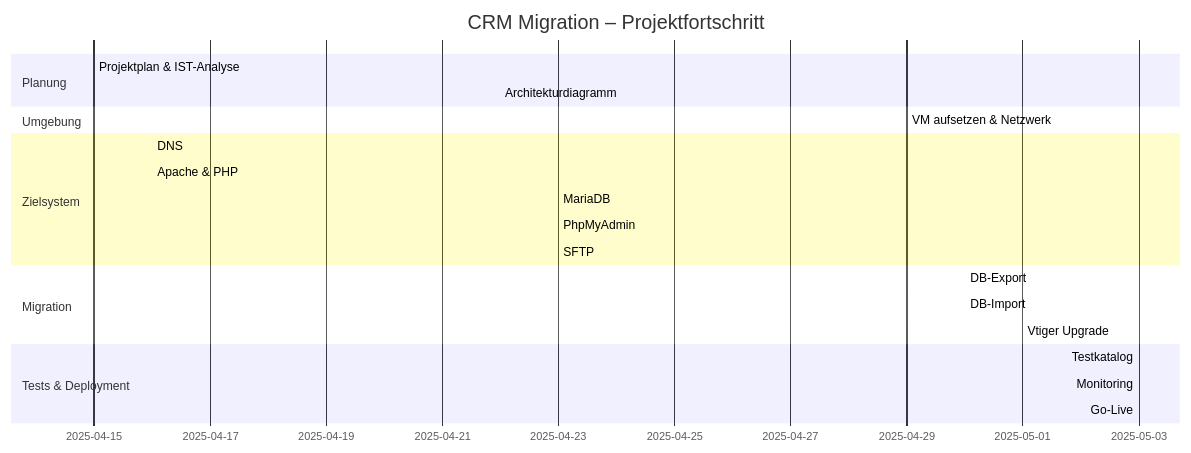
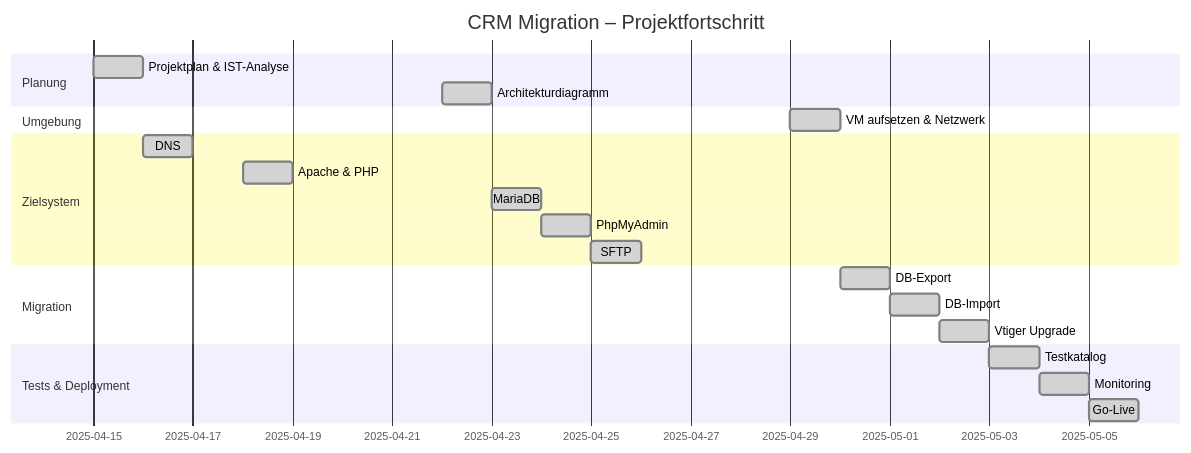
The diagram in Arbeitsjournal.md (TBZ-Rob/M158-LB2), drawn with Mermaid before and after one commit.

````diff
--- a/Arbeitsjournal.md
+++ b/Arbeitsjournal.md
@@ -5,29 +5,29 @@
 ```mermaid
 gantt
     title CRM Migration – Projektfortschritt
     dateFormat  YYYY-MM-DD
 
     section Planung
-    Projektplan & IST-Analyse      :done, 2025-04-15, 0d
-    Architekturdiagramm            :done, 2025-04-22, 0d
+    Projektplan & IST-Analyse      :done, 2025-04-15, 1d
+    Architekturdiagramm            :done, 2025-04-22, 1d
 
     section Umgebung
-    VM aufsetzen & Netzwerk        :done, 2025-04-29, 0d
+    VM aufsetzen & Netzwerk        :done, 2025-04-29, 1d
 
     section Zielsystem
-    DNS                            :done, 2025-04-16, 0d
-    Apache & PHP                   :done, 2025-04-16, 0d
-    MariaDB                        :done, 2025-04-23, 0d
-    PhpMyAdmin                     :done, 2025-04-23, 0d
-    SFTP                           :done, 2025-04-23, 0d
+    DNS                            :done, 2025-04-16, 1d
+    Apache & PHP                   :done, 2025-04-18, 1d
+    MariaDB                        :done, 2025-04-23, 1d
+    PhpMyAdmin                     :done, 2025-04-24, 1d
+    SFTP                           :done, 2025-04-25, 1d
 
     section Migration
-    DB-Export                      :done, 2025-04-30, 0d
-    DB-Import                      :done, 2025-04-30, 0d
-    Vtiger Upgrade                 :done, 2025-05-01, 0d
+    DB-Export                      :done, 2025-04-30, 1d
+    DB-Import                      :done, 2025-05-01, 1d
+    Vtiger Upgrade                 :done, 2025-05-02, 1d
 
     section Tests & Deployment
-    Testkatalog                    :done, 2025-05-03, 0d
-    Monitoring                     :done, 2025-05-03, 0d
-    Go-Live                        :done, 2025-05-03, 0d
+    Testkatalog                    :done, 2025-05-03, 1d
+    Monitoring                     :done, 2025-05-04, 1d
+    Go-Live                        :done, 2025-05-05, 1d
 ```
````
